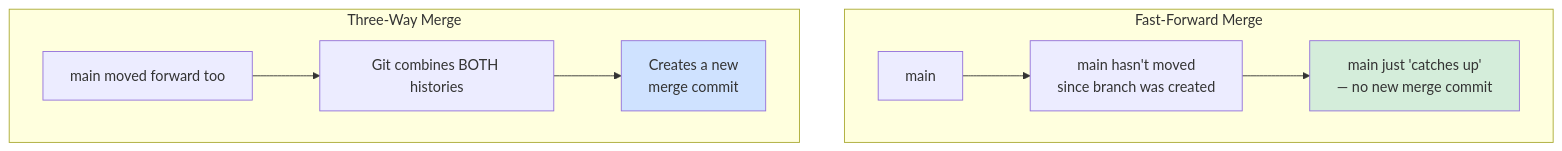
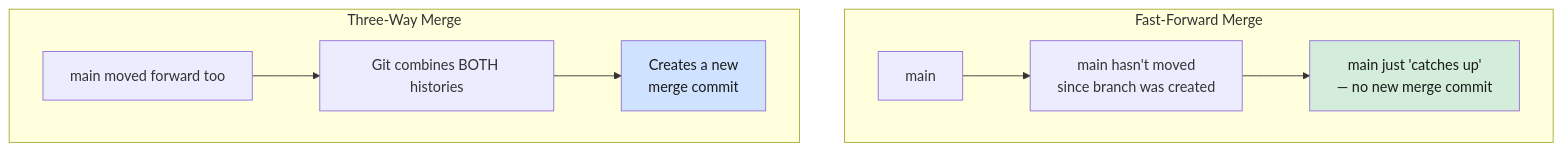
Before and after one commit to ghanendra-sdet/git-tutorials: the third of 4 diagrams in 01-git-fundamentals/README.md, drawn with Mermaid. The commit also changed other lines of this file and 5 other files, not shown here.

First line of the commit message:
fix: illegible mermaid diagram text in dark mode

````diff
--- a/01-git-fundamentals/README.md
+++ b/01-git-fundamentals/README.md
@@ -491,11 +491,11 @@
 ```mermaid
 graph TB
     subgraph "Fast-Forward Merge"
         A1[main] --> A2[main hasn't moved<br/>since branch was created] --> A3[main just 'catches up'<br/>— no new merge commit]
     end
     subgraph "Three-Way Merge"
         B1[main moved forward too] --> B2[Git combines BOTH histories] --> B3[Creates a new<br/>merge commit]
     end
-    style A3 fill:#d4edda
-    style B3 fill:#cfe2ff
+    style A3 fill:#d4edda,color:#1a1a1a
+    style B3 fill:#cfe2ff,color:#1a1a1a
 ```
````
